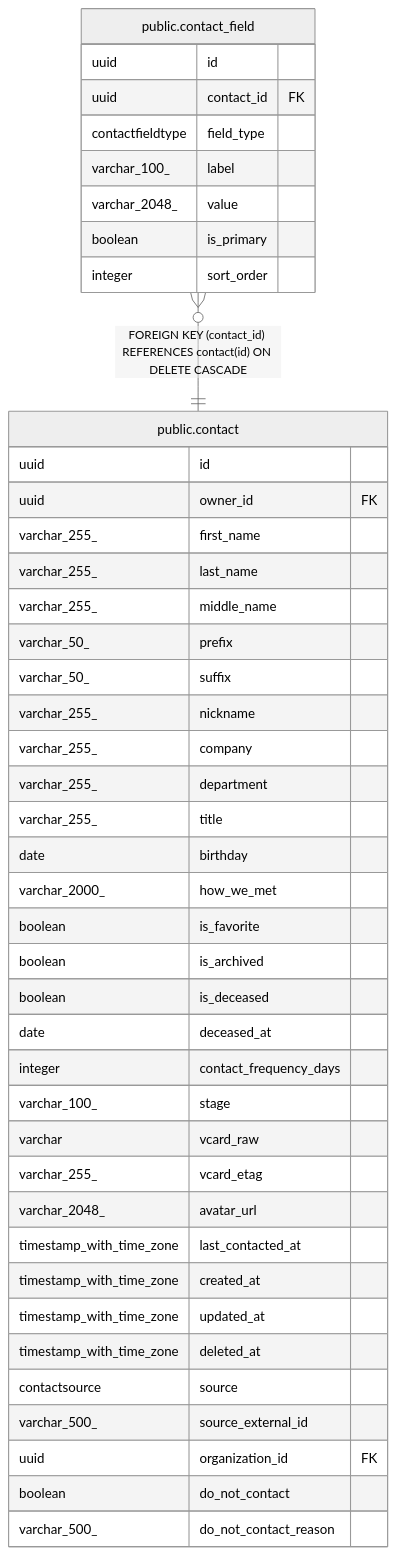
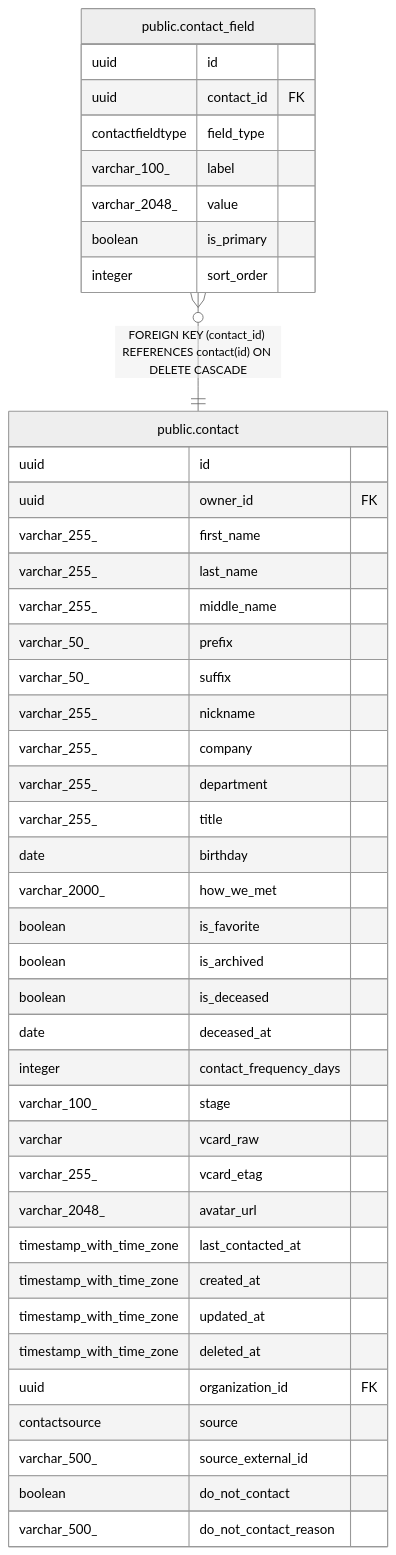
The diagram in docs/db/public.contact_field.md (pike00/Kindred), drawn with Mermaid (neutral theme) before and after one commit. The commit also changed other lines of this file and 26 other files, not shown here.

````diff
--- a/docs/db/public.contact_field.md
+++ b/docs/db/public.contact_field.md
@@ -43,48 +43,48 @@
 ```mermaid
 erDiagram
 
 "public.contact_field" }o--|| "public.contact" : "FOREIGN KEY (contact_id) REFERENCES contact(id) ON DELETE CASCADE"
 
 "public.contact_field" {
   uuid id
   uuid contact_id FK
   contactfieldtype field_type
   varchar_100_ label
   varchar_2048_ value
   boolean is_primary
   integer sort_order
 }
 "public.contact" {
   uuid id
   uuid owner_id FK
   varchar_255_ first_name
   varchar_255_ last_name
   varchar_255_ middle_name
   varchar_50_ prefix
   varchar_50_ suffix
   varchar_255_ nickname
   varchar_255_ company
   varchar_255_ department
   varchar_255_ title
   date birthday
   varchar_2000_ how_we_met
   boolean is_favorite
   boolean is_archived
   boolean is_deceased
   date deceased_at
   integer contact_frequency_days
   varchar_100_ stage
   varchar vcard_raw
   varchar_255_ vcard_etag
   varchar_2048_ avatar_url
   timestamp_with_time_zone last_contacted_at
   timestamp_with_time_zone created_at
   timestamp_with_time_zone updated_at
   timestamp_with_time_zone deleted_at
+  uuid organization_id FK
   contactsource source
   varchar_500_ source_external_id
-  uuid organization_id FK
   boolean do_not_contact
   varchar_500_ do_not_contact_reason
 }
 ```
````
